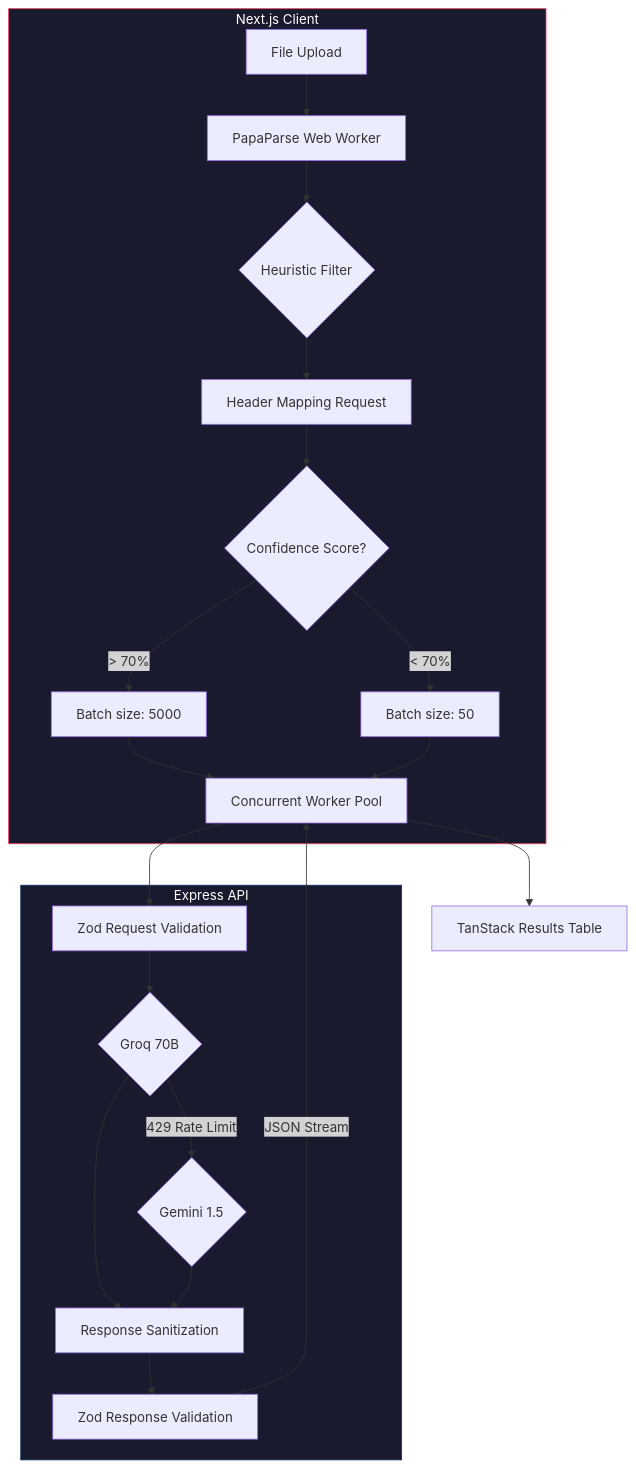
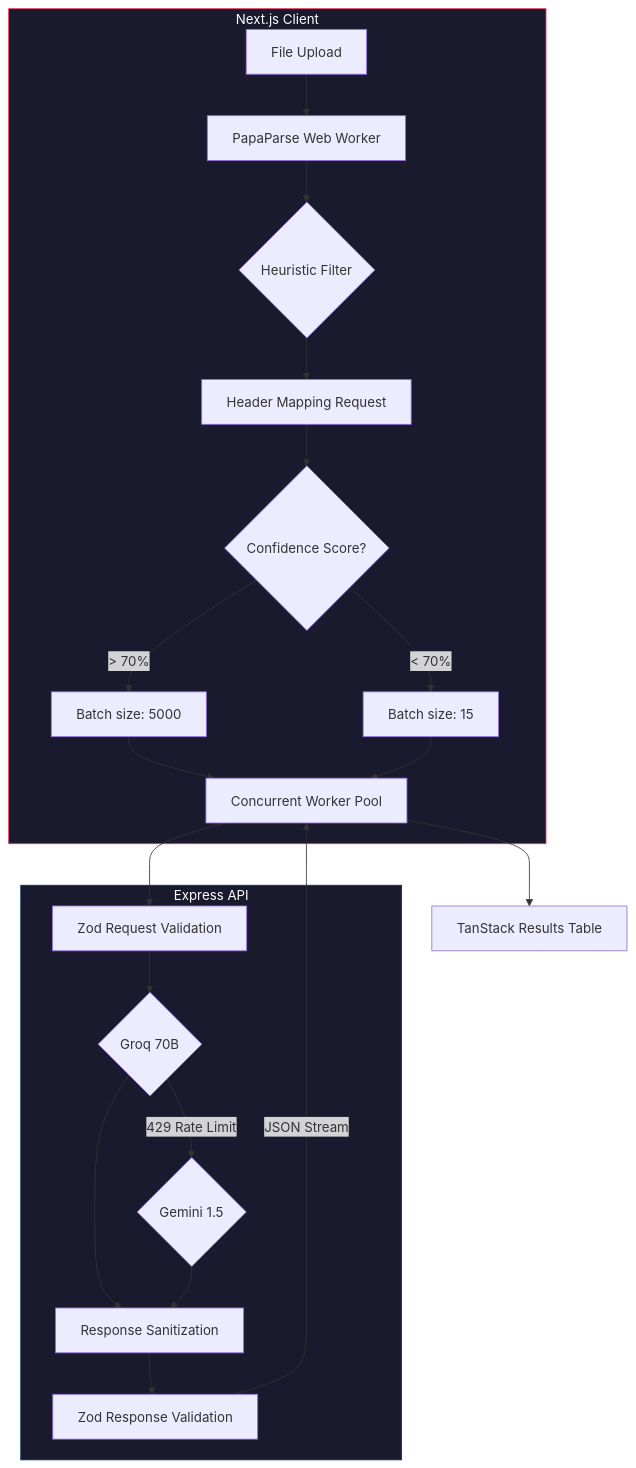
Before and after one commit to notUbaid/GridSense: the diagram in README.md, drawn with Mermaid. The commit also changed other lines of this file and 4 other files, not shown here.

````diff
--- a/README.md
+++ b/README.md
@@ -68,26 +68,26 @@
 ```mermaid
 flowchart TD
     subgraph Frontend [Next.js Client]
         A[File Upload] --> B[PapaParse Web Worker]
         B --> C{Heuristic Filter}
         C --> D[Header Mapping Request]
         D --> E{Confidence Score?}
         E -->|> 70%| F[Batch size: 5000]
-        E -->|< 70%| G[Batch size: 50]
+        E -->|< 70%| G[Batch size: 15]
         F & G --> H[Concurrent Worker Pool]
     end
 
     subgraph Backend [Express API]
         H --> I[Zod Request Validation]
         I --> J{Groq 70B}
         J -->|429 Rate Limit| K{Gemini 1.5}
         J & K --> L[Response Sanitization]
         L --> M[Zod Response Validation]
     end
 
     M -->|JSON Stream| H
     H --> N[TanStack Results Table]
 
     style Frontend fill:#1a1a2e,stroke:#e94560,color:#fff
     style Backend fill:#1a1a2e,stroke:#0f3460,color:#fff
 ```
````
